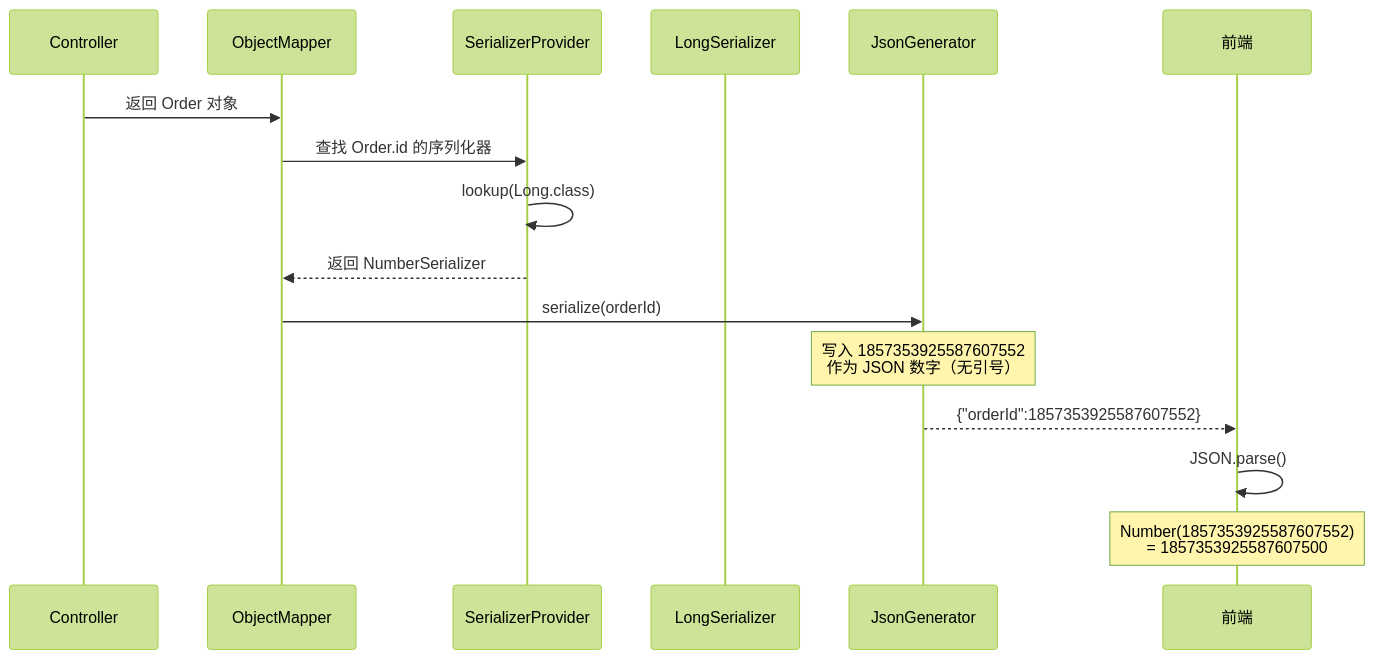
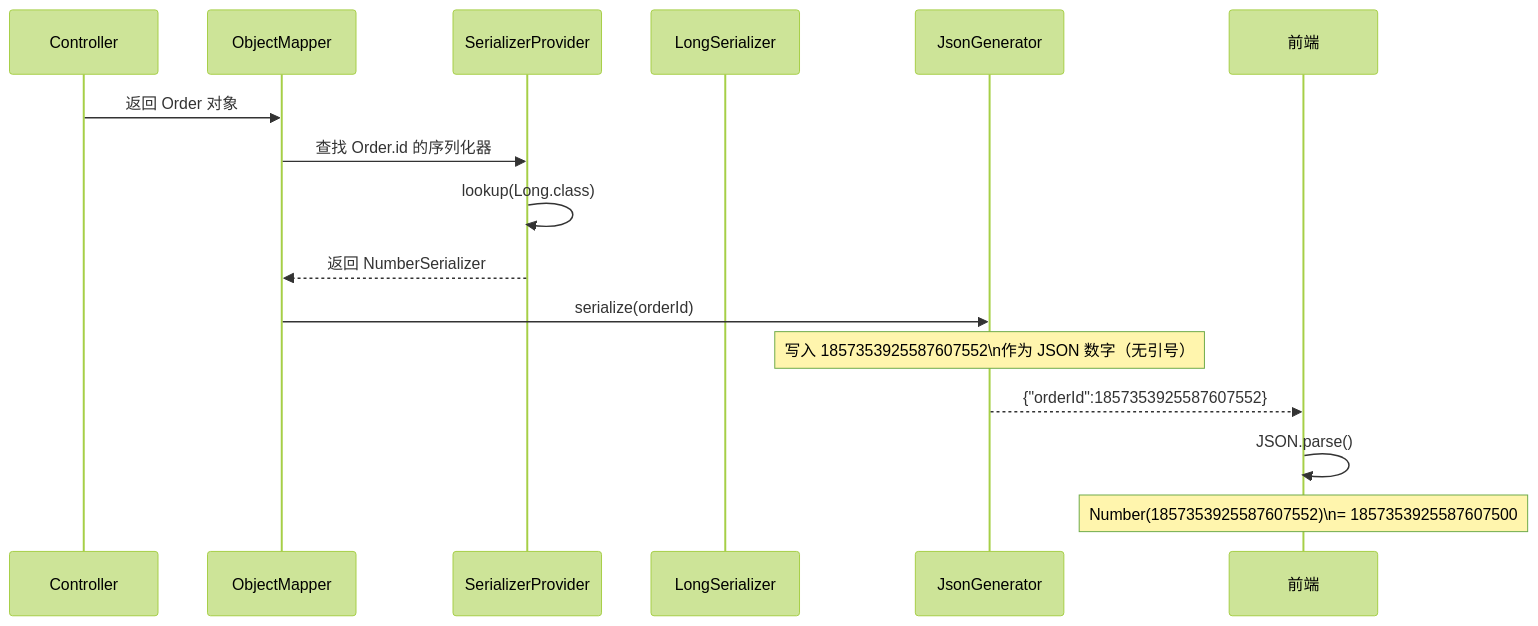
The third of 4 diagrams in content/posts/LongIdPrecisionLoss.md (yaocat55/yaocat55.github.io), drawn with Mermaid (forest theme) before and after one commit. The commit also changed other lines of this file and 155 other files, not shown here.

````diff
--- a/content/posts/LongIdPrecisionLoss.md
+++ b/content/posts/LongIdPrecisionLoss.md
@@ -148,19 +148,19 @@
 ```mermaid
 sequenceDiagram
     participant C as Controller
     participant OM as ObjectMapper
     participant SP as SerializerProvider
     participant LS as LongSerializer
     participant J as JsonGenerator
     participant F as 前端
 
     C->>OM: 返回 Order 对象
     OM->>SP: 查找 Order.id 的序列化器
     SP->>SP: lookup(Long.class)
     SP-->>OM: 返回 NumberSerializer
     OM->>J: serialize(orderId)
-    Note over J: 写入 1857353925587607552<br/>作为 JSON 数字（无引号）
+    Note over J: 写入 1857353925587607552\n作为 JSON 数字（无引号）
     J-->>F: {"orderId":1857353925587607552}
     F->>F: JSON.parse()
-    Note over F: Number(1857353925587607552)<br/>= 1857353925587607500
+    Note over F: Number(1857353925587607552)\n= 1857353925587607500
 ```
````
